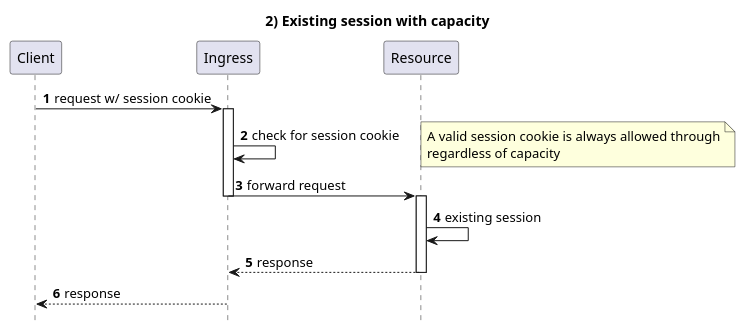
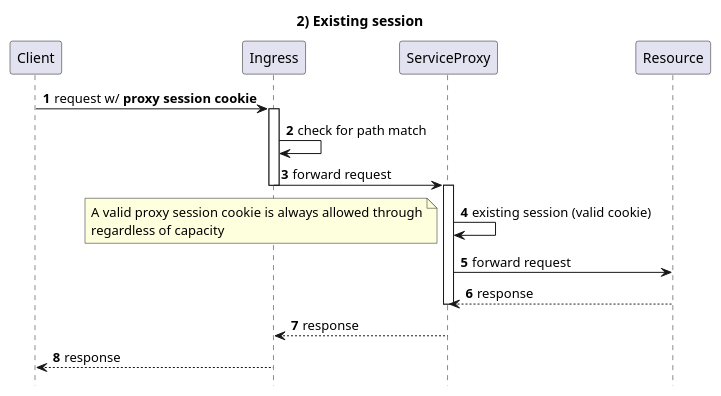
One commit to travisnielsen/k8s-waitroom changed the diagram in docs/2-existing-session.puml. Above: the diagram before and after it, drawn with PlantUML. The commit also changed 12 other files, not shown here.

```diff
--- a/docs/2-existing-session.puml
+++ b/docs/2-existing-session.puml
@@ -1,23 +1,25 @@
-@startuml Waitroom (generic) new session with capacity
+@startuml 2-existing-session
 
-title 2) Existing session with capacity
+title 2) Existing session
 
 autonumber
 hide footbox
 
-Client -> Ingress: request w/ session cookie
+Client -> Ingress: request w/ <b>proxy session cookie</b>
 activate Ingress
 
-Ingress -> Ingress: check for session cookie
-note right: A valid session cookie is always allowed through\nregardless of capacity
-Ingress -> Resource: forward request
+Ingress -> Ingress: check for path match
+Ingress -> ServiceProxy: forward request
 deactivate Ingress
 
-activate Resource
-Resource -> Resource: existing session
-Resource --> Ingress: response
+activate ServiceProxy
+ServiceProxy -> ServiceProxy: existing session (valid cookie)
+note left: A valid proxy session cookie is always allowed through\nregardless of capacity
+ServiceProxy -> Resource: forward request
+Resource --> ServiceProxy: response
+deactivate ServiceProxy
+ServiceProxy --> Ingress: response
 
-deactivate Resource
 Ingress --> Client: response
 
 @enduml
```
